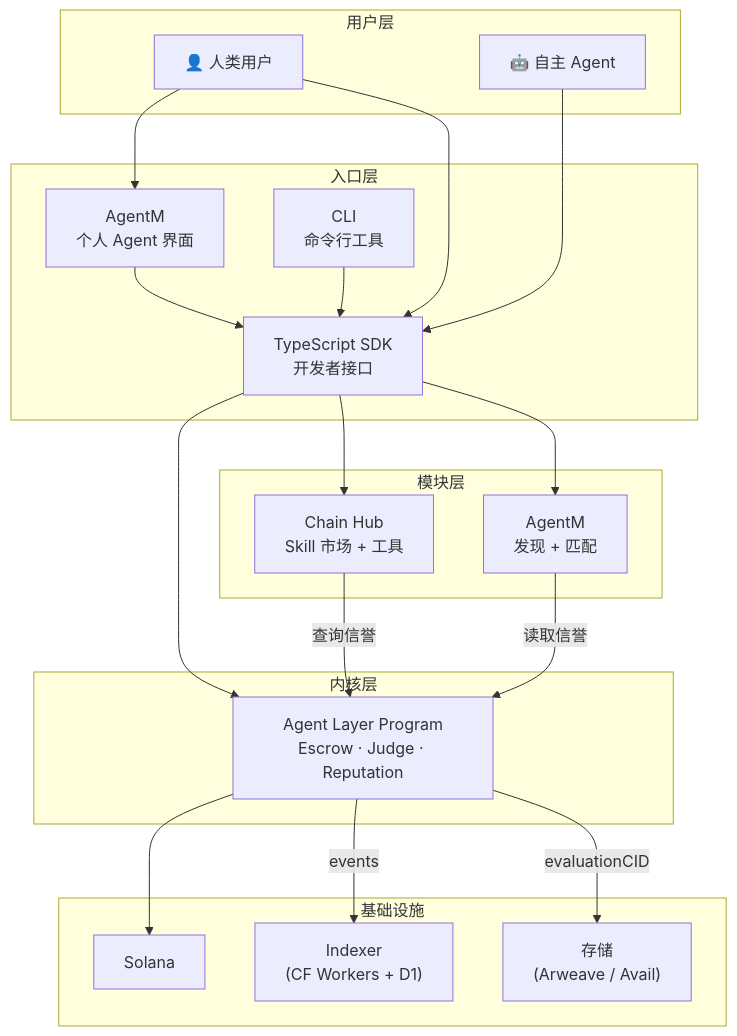
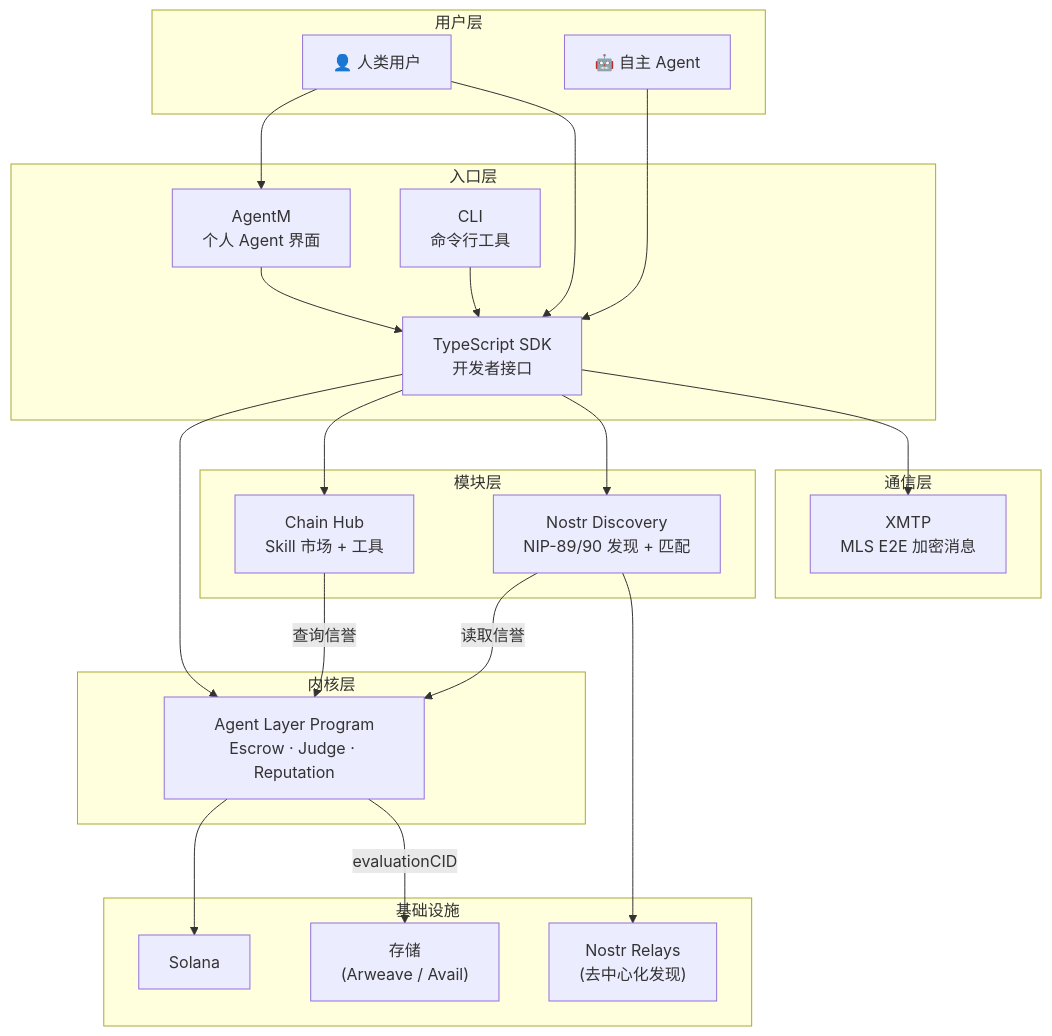
Before and after one commit to DaviRain-Su/gradience: the diagram in protocol/design/system-architecture.md, drawn with Mermaid. The commit also changed other lines of this file and 74 other files, not shown here.

````diff
--- a/protocol/design/system-architecture.md
+++ b/protocol/design/system-architecture.md
@@ -69,45 +85,50 @@
 ```mermaid
 flowchart TB
     subgraph Users["用户层"]
         Human["👤 人类用户"]
         AgentBot["🤖 自主 Agent"]
     end
     
     subgraph Entry["入口层"]
         AgentM["AgentM<br/>个人 Agent 界面"]
         SDK["TypeScript SDK<br/>开发者接口"]
         CLI["CLI<br/>命令行工具"]
     end
     
     subgraph Modules["模块层"]
         ChainHub["Chain Hub<br/>Skill 市场 + 工具"]
-        Social["AgentM<br/>发现 + 匹配"]
+        NostrDiscovery["Nostr Discovery<br/>NIP-89/90 发现 + 匹配"]
+    end
+    
+    subgraph Communication["通信层"]
+        XMTP["XMTP<br/>MLS E2E 加密消息"]
     end
     
     subgraph Kernel["内核层"]
         AgentLayer["Agent Layer Program<br/>Escrow · Judge · Reputation"]
     end
     
     subgraph Infra["基础设施"]
         Solana["Solana"]
-        Indexer["Indexer<br/>(CF Workers + D1)"]
+        Nostr["Nostr Relays<br/>(去中心化发现)"]
         Storage["存储<br/>(Arweave / Avail)"]
     end
     
     Human --> AgentM
     Human --> SDK
     AgentBot --> SDK
     AgentM --> SDK
     
     SDK --> AgentLayer
     SDK --> ChainHub
-    SDK --> Social
+    SDK --> NostrDiscovery
+    SDK --> XMTP
     CLI --> SDK
     
     ChainHub -->|"查询信誉"| AgentLayer
-    Social -->|"读取信誉"| AgentLayer
+    NostrDiscovery -->|"读取信誉"| AgentLayer
     
     AgentLayer --> Solana
-    AgentLayer -->|"events"| Indexer
+    NostrDiscovery --> Nostr
     AgentLayer -->|"evaluationCID"| Storage
 ```
````
